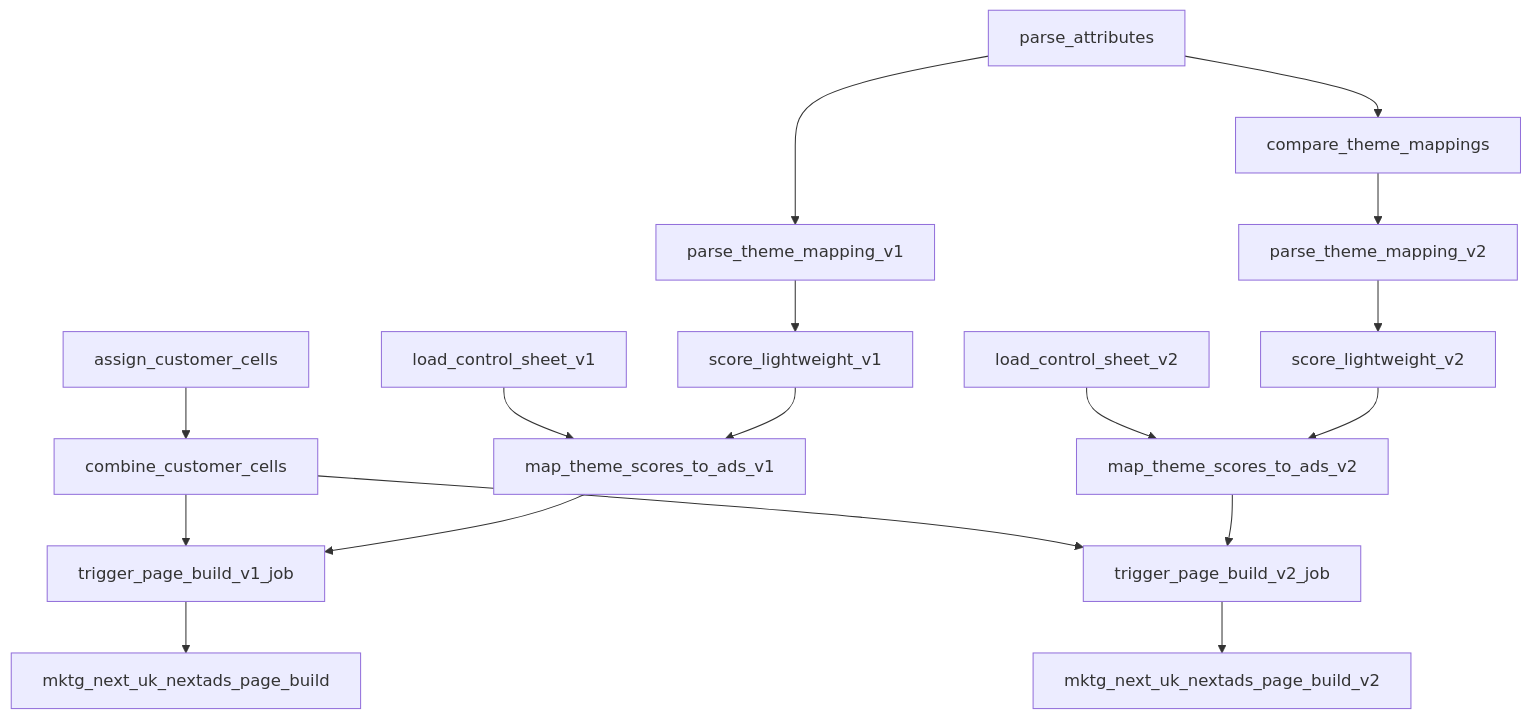
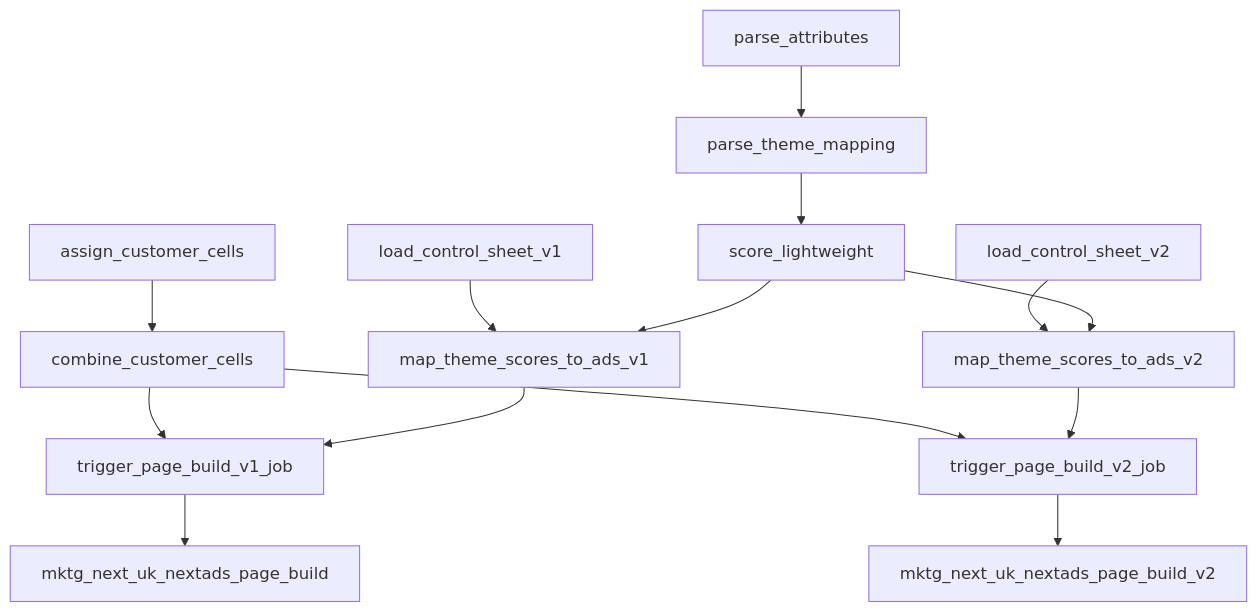
The second of 8 diagrams in docs/CICD/nextads_databricks_runtime_map.md (swblain-glyndwr/personal_project), drawn with Mermaid before and after one commit. The commit also changed other lines of this file and 28 other files, not shown here.

Commit message:
Align v2 mapping with shared theme affinity

````diff
--- a/docs/CICD/nextads_databricks_runtime_map.md
+++ b/docs/CICD/nextads_databricks_runtime_map.md
@@ -64,16 +62,15 @@
 ```mermaid
 flowchart TD
   assign_customer_cells --> combine_customer_cells
-  parse_attributes --> parse_theme_mapping_v1 --> score_lightweight_v1
-  parse_attributes --> compare_theme_mappings --> parse_theme_mapping_v2 --> score_lightweight_v2
+  parse_attributes --> parse_theme_mapping --> score_lightweight
   load_control_sheet_v1 --> map_theme_scores_to_ads_v1
-  score_lightweight_v1 --> map_theme_scores_to_ads_v1
+  score_lightweight --> map_theme_scores_to_ads_v1
   load_control_sheet_v2 --> map_theme_scores_to_ads_v2
-  score_lightweight_v2 --> map_theme_scores_to_ads_v2
+  score_lightweight --> map_theme_scores_to_ads_v2
   combine_customer_cells --> trigger_page_build_v1_job
   map_theme_scores_to_ads_v1 --> trigger_page_build_v1_job
   combine_customer_cells --> trigger_page_build_v2_job
   map_theme_scores_to_ads_v2 --> trigger_page_build_v2_job
   trigger_page_build_v1_job --> page_build["mktg_next_uk_nextads_page_build"]
   trigger_page_build_v2_job --> page_build_v2["mktg_next_uk_nextads_page_build_v2"]
 ```
````
